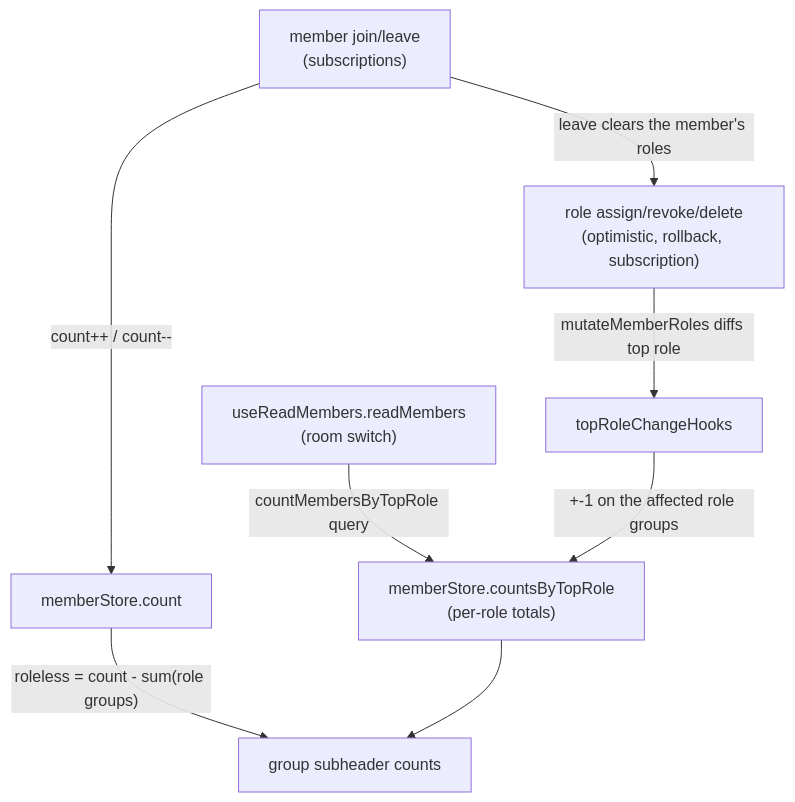
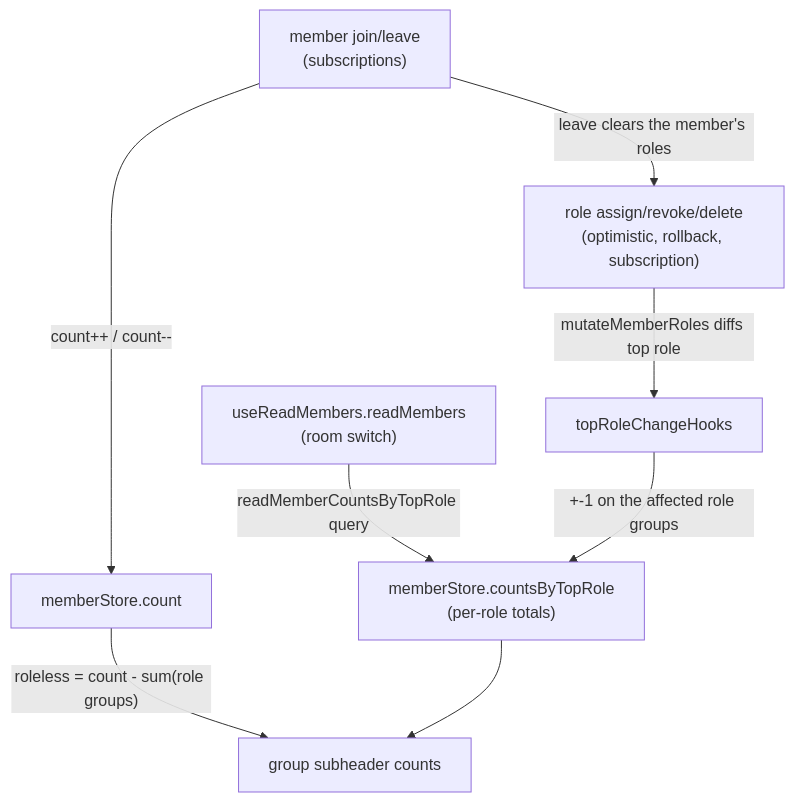
The diagram in packages/app/content/docs/esbabbler/room-ui.md (Esposter/Esposter), drawn with Mermaid before and after one commit. The commit also changed other lines of this file and 34 other files, not shown here.

````diff
--- a/packages/app/content/docs/esbabbler/room-ui.md
+++ b/packages/app/content/docs/esbabbler/room-ui.md
@@ -18,10 +18,10 @@
 ```mermaid
 flowchart TD
-  readMembers["useReadMembers.readMembers<br/>(room switch)"] -- "countMembersByTopRole query" --> counts["memberStore.countsByTopRole<br/>(per-role totals)"]
+  readMembers["useReadMembers.readMembers<br/>(room switch)"] -- "readMemberCountsByTopRole query" --> counts["memberStore.countsByTopRole<br/>(per-role totals)"]
   joinLeave["member join/leave<br/>(subscriptions)"] -- "count++ / count--" --> total["memberStore.count"]
   joinLeave -- "leave clears the member's roles" --> roleMutation
   total -- "roleless = count - sum(role groups)" --> headers["group subheader counts"]
   counts --> headers
   roleMutation["role assign/revoke/delete<br/>(optimistic, rollback, subscription)"] -- "mutateMemberRoles diffs top role" --> hooks["topRoleChangeHooks"]
   hooks -- "+-1 on the affected role groups" --> counts
 ```
````
